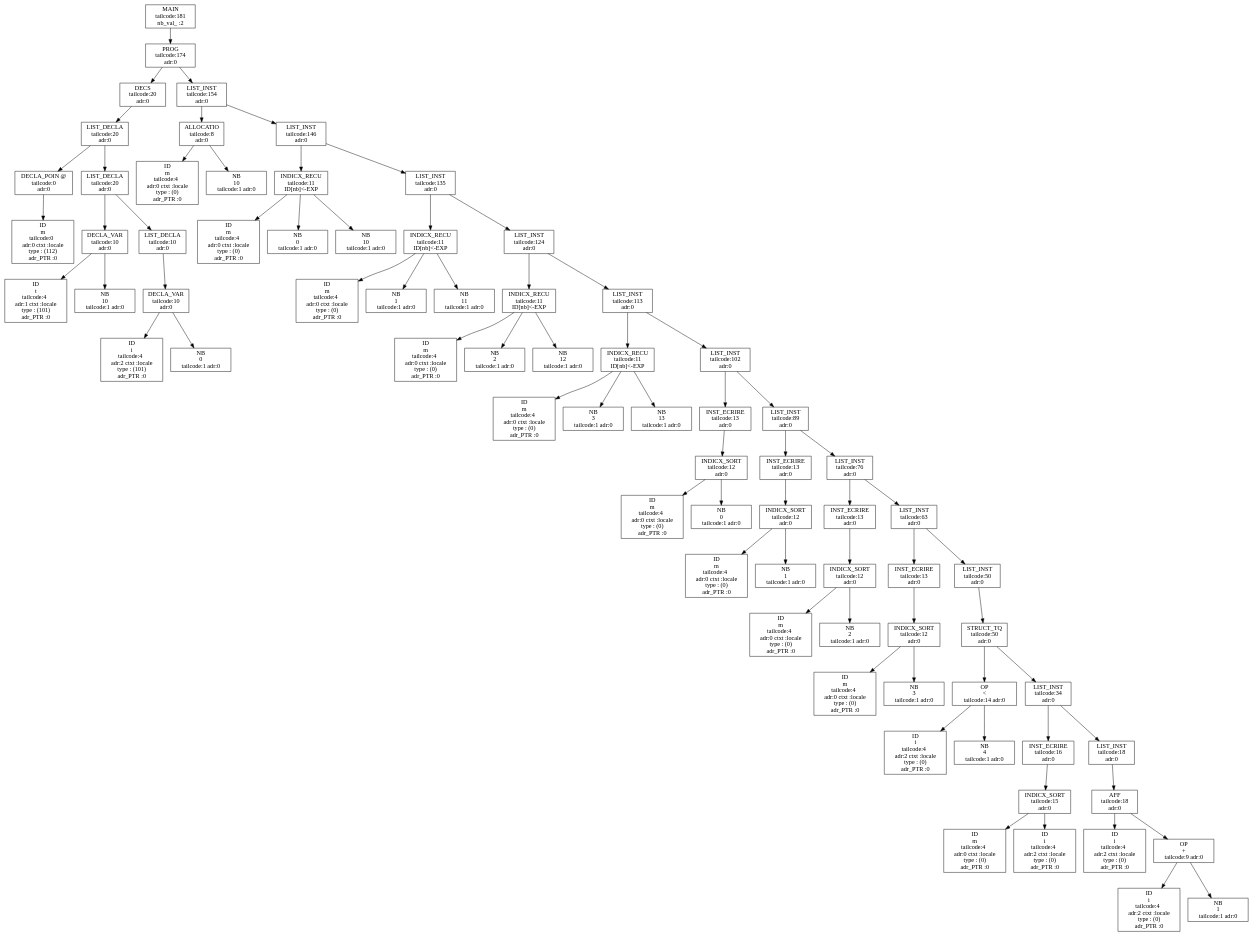
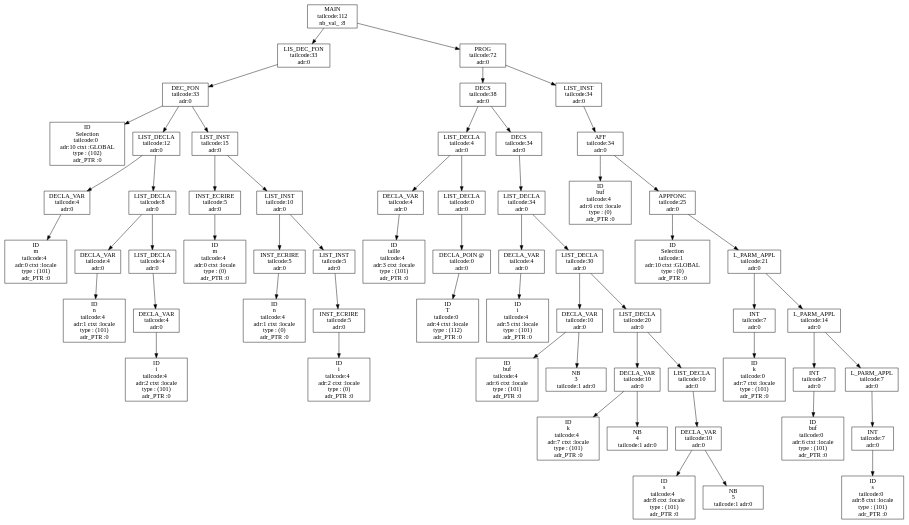
One commit to aswailem195/Projet-ARC--Algo-RAM-Compiler--20231213 changed the diagram in out/output.dot. Above: the diagram before and after it, drawn with Graphviz. The commit also changed 16 other files, not shown here.

```diff
--- a/out/output.dot
+++ b/out/output.dot
@@ -1,312 +1,274 @@
 digraph ASA {
-node0x560cceeefdc0 [label="MAIN
- tailcode:181 
- nb_val_ :2 \n", shape=box];
-node0x560cceeefdc0 -> node0x560cceeefd70;
-node0x560cceeefd70 [label="PROG
- tailcode:174 
+node0x5585937cd960 [label="MAIN
+ tailcode:112 
+ nb_val_ :8 \n", shape=box];
+node0x5585937cd960 -> node0x5585937ccd30;
+node0x5585937ccd30 [label="LIS_DEC_FON
+ tailcode:33 
  adr:0 \n", shape=box];
-node0x560cceeefd70 -> node0x560cceeeea60;
-node0x560cceeeea60 [label="DECS
- tailcode:20 
+node0x5585937ccd30 -> node0x5585937ccc90;
+node0x5585937ccc90 [label="DEC_FON
+ tailcode:33 
  adr:0 \n", shape=box];
-node0x560cceeeea60 -> node0x560cceeeea10;
-node0x560cceeeea10 [label="LIST_DECLA
- tailcode:20 
+node0x5585937ccc90 -> node0x5585937ccce0;
+node0x5585937ccce0 [label="ID\nSelection
+ tailcode:0  
+ adr:10 ctxt :GLOBAL
+ type : (102) 
+ adr_PTR :0 \n", shape=box];
+node0x5585937ccc90 -> node0x5585937cc970;
+node0x5585937cc970 [label="LIST_DECLA
+ tailcode:12 
  adr:0 \n", shape=box];
-node0x560cceeeea10 -> node0x560cceeee6f0;
-node0x560cceeee6f0 [label="DECLA_POIN @
- tailcode:0 
+node0x5585937cc970 -> node0x5585937cc6f0;
+node0x5585937cc6f0 [label="DECLA_VAR
+ tailcode:4 
  adr:0 \n", shape=box];
-node0x560cceeee6f0 -> node0x560cceeee740;
-node0x560cceeee740 [label="ID\nm
- tailcode:0  
+node0x5585937cc6f0 -> node0x5585937cc740;
+node0x5585937cc740 [label="ID\nm
+ tailcode:4  
  adr:0 ctxt :locale
- type : (112) 
+ type : (101) 
  adr_PTR :0 \n", shape=box];
-node0x560cceeeea10 -> node0x560cceeee9c0;
-node0x560cceeee9c0 [label="LIST_DECLA
- tailcode:20 
+node0x5585937cc970 -> node0x5585937cc920;
+node0x5585937cc920 [label="LIST_DECLA
+ tailcode:8 
  adr:0 \n", shape=box];
-node0x560cceeee9c0 -> node0x560cceeee7e0;
-node0x560cceeee7e0 [label="DECLA_VAR
- tailcode:10 
+node0x5585937cc920 -> node0x5585937cc790;
+node0x5585937cc790 [label="DECLA_VAR
+ tailcode:4 
  adr:0 \n", shape=box];
-node0x560cceeee7e0 -> node0x560cceeee830;
-node0x560cceeee830 [label="ID\nt
+node0x5585937cc790 -> node0x5585937cc7e0;
+node0x5585937cc7e0 [label="ID\nn
  tailcode:4  
  adr:1 ctxt :locale
  type : (101) 
  adr_PTR :0 \n", shape=box];
-node0x560cceeee7e0 -> node0x560cceeee790;
-node0x560cceeee790 [label="NB\n10 
- tailcode:1 adr:0 \n", shape=box];
-node0x560cceeee9c0 -> node0x560cceeee970;
-node0x560cceeee970 [label="LIST_DECLA
- tailcode:10 
+node0x5585937cc920 -> node0x5585937cc8d0;
+node0x5585937cc8d0 [label="LIST_DECLA
+ tailcode:4 
  adr:0 \n", shape=box];
-node0x560cceeee970 -> node0x560cceeee8d0;
-node0x560cceeee8d0 [label="DECLA_VAR
- tailcode:10 
+node0x5585937cc8d0 -> node0x5585937cc830;
+node0x5585937cc830 [label="DECLA_VAR
+ tailcode:4 
  adr:0 \n", shape=box];
-node0x560cceeee8d0 -> node0x560cceeee920;
-node0x560cceeee920 [label="ID\ni
+node0x5585937cc830 -> node0x5585937cc880;
+node0x5585937cc880 [label="ID\ni
  tailcode:4  
  adr:2 ctxt :locale
  type : (101) 
  adr_PTR :0 \n", shape=box];
-node0x560cceeee8d0 -> node0x560cceeee880;
-node0x560cceeee880 [label="NB\n0 
- tailcode:1 adr:0 \n", shape=box];
-node0x560cceeefd70 -> node0x560cceeefd20;
-node0x560cceeefd20 [label="LIST_INST
- tailcode:154 
+node0x5585937ccc90 -> node0x5585937ccc40;
+node0x5585937ccc40 [label="LIST_INST
+ tailcode:15 
  adr:0 \n", shape=box];
-node0x560cceeefd20 -> node0x560cceeeeb00;
-node0x560cceeeeb00 [label="ALLOCATIO
- tailcode:8 
+node0x5585937ccc40 -> node0x5585937cca10;
+node0x5585937cca10 [label="INST_ECRIRE
+ tailcode:5 
  adr:0 \n", shape=box];
-node0x560cceeeeb00 -> node0x560cceeeeb50;
-node0x560cceeeeb50 [label="ID\nm
+node0x5585937cca10 -> node0x5585937cc9c0;
+node0x5585937cc9c0 [label="ID\nm
  tailcode:4  
  adr:0 ctxt :locale
  type : (0) 
  adr_PTR :0 \n", shape=box];
-node0x560cceeeeb00 -> node0x560cceeeeab0;
-node0x560cceeeeab0 [label="NB\n10 
- tailcode:1 adr:0 \n", shape=box];
-node0x560cceeefd20 -> node0x560cceeefcd0;
-node0x560cceeefcd0 [label="LIST_INST
- tailcode:146 
+node0x5585937ccc40 -> node0x5585937ccbf0;
+node0x5585937ccbf0 [label="LIST_INST
+ tailcode:10 
  adr:0 \n", shape=box];
-node0x560cceeefcd0 -> node0x560cceeeec40;
-node0x560cceeeec40 [label="INDICX_RECU
- tailcode:11 
- ID[nb]<-EXP \n", shape=box];
-node0x560cceeeec40 -> node0x560cceeeec90;
-node0x560cceeeec90 [label="ID\nm
+node0x5585937ccbf0 -> node0x5585937ccab0;
+node0x5585937ccab0 [label="INST_ECRIRE
+ tailcode:5 
+ adr:0 \n", shape=box];
+node0x5585937ccab0 -> node0x5585937cca60;
+node0x5585937cca60 [label="ID\nn
  tailcode:4  
- adr:0 ctxt :locale
+ adr:1 ctxt :locale
  type : (0) 
  adr_PTR :0 \n", shape=box];
-node0x560cceeeec40 -> node0x560cceeeeba0;
-node0x560cceeeeba0 [label="NB\n0 
- tailcode:1 adr:0 \n", shape=box];
-node0x560cceeeec40 -> node0x560cceeeebf0;
-node0x560cceeeebf0 [label="NB\n10 
- tailcode:1 adr:0 \n", shape=box];
-node0x560cceeefcd0 -> node0x560cceeefc80;
-node0x560cceeefc80 [label="LIST_INST
- tailcode:135 
+node0x5585937ccbf0 -> node0x5585937ccba0;
+node0x5585937ccba0 [label="LIST_INST
+ tailcode:5 
  adr:0 \n", shape=box];
-node0x560cceeefc80 -> node0x560cceeeed80;
-node0x560cceeeed80 [label="INDICX_RECU
- tailcode:11 
- ID[nb]<-EXP \n", shape=box];
-node0x560cceeeed80 -> node0x560cceeeedd0;
-node0x560cceeeedd0 [label="ID\nm
- tailcode:4  
- adr:0 ctxt :locale
- type : (0) 
- adr_PTR :0 \n", shape=box];
-node0x560cceeeed80 -> node0x560cceeeece0;
-node0x560cceeeece0 [label="NB\n1 
- tailcode:1 adr:0 \n", shape=box];
-node0x560cceeeed80 -> node0x560cceeeed30;
-node0x560cceeeed30 [label="NB\n11 
- tailcode:1 adr:0 \n", shape=box];
-node0x560cceeefc80 -> node0x560cceeefc30;
-node0x560cceeefc30 [label="LIST_INST
- tailcode:124 
+node0x5585937ccba0 -> node0x5585937ccb50;
+node0x5585937ccb50 [label="INST_ECRIRE
+ tailcode:5 
  adr:0 \n", shape=box];
-node0x560cceeefc30 -> node0x560cceeeeec0;
-node0x560cceeeeec0 [label="INDICX_RECU
- tailcode:11 
- ID[nb]<-EXP \n", shape=box];
-node0x560cceeeeec0 -> node0x560cceeeef10;
-node0x560cceeeef10 [label="ID\nm
- tailcode:4  
- adr:0 ctxt :locale
- type : (0) 
- adr_PTR :0 \n", shape=box];
-node0x560cceeeeec0 -> node0x560cceeeee20;
-node0x560cceeeee20 [label="NB\n2 
- tailcode:1 adr:0 \n", shape=box];
-node0x560cceeeeec0 -> node0x560cceeeee70;
-node0x560cceeeee70 [label="NB\n12 
- tailcode:1 adr:0 \n", shape=box];
-node0x560cceeefc30 -> node0x560cceeefbe0;
-node0x560cceeefbe0 [label="LIST_INST
- tailcode:113 
- adr:0 \n", shape=box];
-node0x560cceeefbe0 -> node0x560cceeef000;
-node0x560cceeef000 [label="INDICX_RECU
- tailcode:11 
- ID[nb]<-EXP \n", shape=box];
-node0x560cceeef000 -> node0x560cceeef050;
-node0x560cceeef050 [label="ID\nm
- tailcode:4  
- adr:0 ctxt :locale
- type : (0) 
- adr_PTR :0 \n", shape=box];
-node0x560cceeef000 -> node0x560cceeeef60;
-node0x560cceeeef60 [label="NB\n3 
- tailcode:1 adr:0 \n", shape=box];
-node0x560cceeef000 -> node0x560cceeeefb0;
-node0x560cceeeefb0 [label="NB\n13 
- tailcode:1 adr:0 \n", shape=box];
-node0x560cceeefbe0 -> node0x560cceeefb90;
-node0x560cceeefb90 [label="LIST_INST
- tailcode:102 
- adr:0 \n", shape=box];
-node0x560cceeefb90 -> node0x560cceeef190;
-node0x560cceeef190 [label="INST_ECRIRE
- tailcode:13 
- adr:0 \n", shape=box];
-node0x560cceeef190 -> node0x560cceeef0f0;
-node0x560cceeef0f0 [label="INDICX_SORT
- tailcode:12 
- adr:0 \n", shape=box];
-node0x560cceeef0f0 -> node0x560cceeef140;
-node0x560cceeef140 [label="ID\nm
- tailcode:4  
- adr:0 ctxt :locale
- type : (0) 
- adr_PTR :0 \n", shape=box];
-node0x560cceeef0f0 -> node0x560cceeef0a0;
-node0x560cceeef0a0 [label="NB\n0 
- tailcode:1 adr:0 \n", shape=box];
-node0x560cceeefb90 -> node0x560cceeefb40;
-node0x560cceeefb40 [label="LIST_INST
- tailcode:89 
- adr:0 \n", shape=box];
-node0x560cceeefb40 -> node0x560cceeef2d0;
-node0x560cceeef2d0 [label="INST_ECRIRE
- tailcode:13 
- adr:0 \n", shape=box];
-node0x560cceeef2d0 -> node0x560cceeef230;
-node0x560cceeef230 [label="INDICX_SORT
- tailcode:12 
- adr:0 \n", shape=box];
-node0x560cceeef230 -> node0x560cceeef280;
-node0x560cceeef280 [label="ID\nm
- tailcode:4  
- adr:0 ctxt :locale
- type : (0) 
- adr_PTR :0 \n", shape=box];
-node0x560cceeef230 -> node0x560cceeef1e0;
-node0x560cceeef1e0 [label="NB\n1 
- tailcode:1 adr:0 \n", shape=box];
-node0x560cceeefb40 -> node0x560cceeefaf0;
-node0x560cceeefaf0 [label="LIST_INST
- tailcode:76 
- adr:0 \n", shape=box];
-node0x560cceeefaf0 -> node0x560cceeef410;
-node0x560cceeef410 [label="INST_ECRIRE
- tailcode:13 
- adr:0 \n", shape=box];
-node0x560cceeef410 -> node0x560cceeef370;
-node0x560cceeef370 [label="INDICX_SORT
- tailcode:12 
- adr:0 \n", shape=box];
-node0x560cceeef370 -> node0x560cceeef3c0;
-node0x560cceeef3c0 [label="ID\nm
- tailcode:4  
- adr:0 ctxt :locale
- type : (0) 
- adr_PTR :0 \n", shape=box];
-node0x560cceeef370 -> node0x560cceeef320;
-node0x560cceeef320 [label="NB\n2 
- tailcode:1 adr:0 \n", shape=box];
-node0x560cceeefaf0 -> node0x560cceeefaa0;
-node0x560cceeefaa0 [label="LIST_INST
- tailcode:63 
- adr:0 \n", shape=box];
-node0x560cceeefaa0 -> node0x560cceeef550;
-node0x560cceeef550 [label="INST_ECRIRE
- tailcode:13 
- adr:0 \n", shape=box];
-node0x560cceeef550 -> node0x560cceeef4b0;
-node0x560cceeef4b0 [label="INDICX_SORT
- tailcode:12 
- adr:0 \n", shape=box];
-node0x560cceeef4b0 -> node0x560cceeef500;
-node0x560cceeef500 [label="ID\nm
- tailcode:4  
- adr:0 ctxt :locale
- type : (0) 
- adr_PTR :0 \n", shape=box];
-node0x560cceeef4b0 -> node0x560cceeef460;
-node0x560cceeef460 [label="NB\n3 
- tailcode:1 adr:0 \n", shape=box];
-node0x560cceeefaa0 -> node0x560cceeefa50;
-node0x560cceeefa50 [label="LIST_INST
- tailcode:50 
- adr:0 \n", shape=box];
-node0x560cceeefa50 -> node0x560cceeefa00;
-node0x560cceeefa00 [label="STRUCT_TQ
- tailcode:50 
- adr:0 \n", shape=box];
-node0x560cceeefa00 -> node0x560cceeef640;
-node0x560cceeef640 [label="OP\n< 
- tailcode:14 adr:0 \n", shape=box];
-node0x560cceeef640 -> node0x560cceeef5a0;
-node0x560cceeef5a0 [label="ID\ni
+node0x5585937ccb50 -> node0x5585937ccb00;
+node0x5585937ccb00 [label="ID\ni
  tailcode:4  
  adr:2 ctxt :locale
  type : (0) 
  adr_PTR :0 \n", shape=box];
-node0x560cceeef640 -> node0x560cceeef5f0;
-node0x560cceeef5f0 [label="NB\n4 
- tailcode:1 adr:0 \n", shape=box];
-node0x560cceeefa00 -> node0x560cceeef9b0;
-node0x560cceeef9b0 [label="LIST_INST
+node0x5585937cd960 -> node0x5585937cd910;
+node0x5585937cd910 [label="PROG
+ tailcode:72 
+ adr:0 \n", shape=box];
+node0x5585937cd910 -> node0x5585937cd460;
+node0x5585937cd460 [label="DECS
+ tailcode:38 
+ adr:0 \n", shape=box];
+node0x5585937cd460 -> node0x5585937ccf10;
+node0x5585937ccf10 [label="LIST_DECLA
+ tailcode:4 
+ adr:0 \n", shape=box];
+node0x5585937ccf10 -> node0x5585937ccd80;
+node0x5585937ccd80 [label="DECLA_VAR
+ tailcode:4 
+ adr:0 \n", shape=box];
+node0x5585937ccd80 -> node0x5585937ccdd0;
+node0x5585937ccdd0 [label="ID\ntaille
+ tailcode:4  
+ adr:3 ctxt :locale
+ type : (101) 
+ adr_PTR :0 \n", shape=box];
+node0x5585937ccf10 -> node0x5585937ccec0;
+node0x5585937ccec0 [label="LIST_DECLA
+ tailcode:0 
+ adr:0 \n", shape=box];
+node0x5585937ccec0 -> node0x5585937cce20;
+node0x5585937cce20 [label="DECLA_POIN @
+ tailcode:0 
+ adr:0 \n", shape=box];
+node0x5585937cce20 -> node0x5585937cce70;
+node0x5585937cce70 [label="ID\nT
+ tailcode:0  
+ adr:4 ctxt :locale
+ type : (112) 
+ adr_PTR :0 \n", shape=box];
+node0x5585937cd460 -> node0x5585937cd410;
+node0x5585937cd410 [label="DECS
  tailcode:34 
  adr:0 \n", shape=box];
-node0x560cceeef9b0 -> node0x560cceeef780;
-node0x560cceeef780 [label="INST_ECRIRE
- tailcode:16 
+node0x5585937cd410 -> node0x5585937cd3c0;
+node0x5585937cd3c0 [label="LIST_DECLA
+ tailcode:34 
  adr:0 \n", shape=box];
-node0x560cceeef780 -> node0x560cceeef6e0;
-node0x560cceeef6e0 [label="INDICX_SORT
- tailcode:15 
+node0x5585937cd3c0 -> node0x5585937ccf60;
+node0x5585937ccf60 [label="DECLA_VAR
+ tailcode:4 
  adr:0 \n", shape=box];
-node0x560cceeef6e0 -> node0x560cceeef730;
-node0x560cceeef730 [label="ID\nm
+node0x5585937ccf60 -> node0x5585937ccfb0;
+node0x5585937ccfb0 [label="ID\ni
  tailcode:4  
- adr:0 ctxt :locale
+ adr:5 ctxt :locale
+ type : (101) 
+ adr_PTR :0 \n", shape=box];
+node0x5585937cd3c0 -> node0x5585937cd370;
+node0x5585937cd370 [label="LIST_DECLA
+ tailcode:30 
+ adr:0 \n", shape=box];
+node0x5585937cd370 -> node0x5585937cd050;
+node0x5585937cd050 [label="DECLA_VAR
+ tailcode:10 
+ adr:0 \n", shape=box];
+node0x5585937cd050 -> node0x5585937cd0a0;
+node0x5585937cd0a0 [label="ID\nbuf
+ tailcode:4  
+ adr:6 ctxt :locale
+ type : (101) 
+ adr_PTR :0 \n", shape=box];
+node0x5585937cd050 -> node0x5585937cd000;
+node0x5585937cd000 [label="NB\n3 
+ tailcode:1 adr:0 \n", shape=box];
+node0x5585937cd370 -> node0x5585937cd320;
+node0x5585937cd320 [label="LIST_DECLA
+ tailcode:20 
+ adr:0 \n", shape=box];
+node0x5585937cd320 -> node0x5585937cd140;
+node0x5585937cd140 [label="DECLA_VAR
+ tailcode:10 
+ adr:0 \n", shape=box];
+node0x5585937cd140 -> node0x5585937cd190;
+node0x5585937cd190 [label="ID\nk
+ tailcode:4  
+ adr:7 ctxt :locale
+ type : (101) 
+ adr_PTR :0 \n", shape=box];
+node0x5585937cd140 -> node0x5585937cd0f0;
+node0x5585937cd0f0 [label="NB\n4 
+ tailcode:1 adr:0 \n", shape=box];
+node0x5585937cd320 -> node0x5585937cd2d0;
+node0x5585937cd2d0 [label="LIST_DECLA
+ tailcode:10 
+ adr:0 \n", shape=box];
+node0x5585937cd2d0 -> node0x5585937cd230;
+node0x5585937cd230 [label="DECLA_VAR
+ tailcode:10 
+ adr:0 \n", shape=box];
+node0x5585937cd230 -> node0x5585937cd280;
+node0x5585937cd280 [label="ID\ns
+ tailcode:4  
+ adr:8 ctxt :locale
+ type : (101) 
+ adr_PTR :0 \n", shape=box];
+node0x5585937cd230 -> node0x5585937cd1e0;
+node0x5585937cd1e0 [label="NB\n5 
+ tailcode:1 adr:0 \n", shape=box];
+node0x5585937cd910 -> node0x5585937cd8c0;
+node0x5585937cd8c0 [label="LIST_INST
+ tailcode:34 
+ adr:0 \n", shape=box];
+node0x5585937cd8c0 -> node0x5585937cd820;
+node0x5585937cd820 [label="AFF
+ tailcode:34 
+ adr:0 \n", shape=box];
+node0x5585937cd820 -> node0x5585937cd870;
+node0x5585937cd870 [label="ID\nbuf
+ tailcode:4  
+ adr:6 ctxt :locale
  type : (0) 
  adr_PTR :0 \n", shape=box];
-node0x560cceeef6e0 -> node0x560cceeef690;
-node0x560cceeef690 [label="ID\ni
- tailcode:4  
- adr:2 ctxt :locale
+node0x5585937cd820 -> node0x5585937cd780;
+node0x5585937cd780 [label="APPFONC
+ tailcode:25 
+ adr:0 \n", shape=box];
+node0x5585937cd780 -> node0x5585937cd7d0;
+node0x5585937cd7d0 [label="ID\nSelection
+ tailcode:1  
+ adr:10 ctxt :GLOBAL
  type : (0) 
  adr_PTR :0 \n", shape=box];
-node0x560cceeef9b0 -> node0x560cceeef960;
-node0x560cceeef960 [label="LIST_INST
- tailcode:18 
+node0x5585937cd780 -> node0x5585937cd730;
+node0x5585937cd730 [label="L_PARM_APPL
+ tailcode:21 
  adr:0 \n", shape=box];
-node0x560cceeef960 -> node0x560cceeef8c0;
-node0x560cceeef8c0 [label="AFF
- tailcode:18 
+node0x5585937cd730 -> node0x5585937cd4b0;
+node0x5585937cd4b0 [label="INT
+ tailcode:7 
  adr:0 \n", shape=box];
-node0x560cceeef8c0 -> node0x560cceeef910;
-node0x560cceeef910 [label="ID\ni
- tailcode:4  
- adr:2 ctxt :locale
- type : (0) 
+node0x5585937cd4b0 -> node0x5585937cd500;
+node0x5585937cd500 [label="ID\nk
+ tailcode:0  
+ adr:7 ctxt :locale
+ type : (101) 
  adr_PTR :0 \n", shape=box];
-node0x560cceeef8c0 -> node0x560cceeef870;
-node0x560cceeef870 [label="OP\n+ 
- tailcode:9 adr:0 \n", shape=box];
-node0x560cceeef870 -> node0x560cceeef7d0;
-node0x560cceeef7d0 [label="ID\ni
- tailcode:4  
- adr:2 ctxt :locale
- type : (0) 
+node0x5585937cd730 -> node0x5585937cd6e0;
+node0x5585937cd6e0 [label="L_PARM_APPL
+ tailcode:14 
+ adr:0 \n", shape=box];
+node0x5585937cd6e0 -> node0x5585937cd550;
+node0x5585937cd550 [label="INT
+ tailcode:7 
+ adr:0 \n", shape=box];
+node0x5585937cd550 -> node0x5585937cd5a0;
+node0x5585937cd5a0 [label="ID\nbuf
+ tailcode:0  
+ adr:6 ctxt :locale
+ type : (101) 
  adr_PTR :0 \n", shape=box];
-node0x560cceeef870 -> node0x560cceeef820;
-node0x560cceeef820 [label="NB\n1 
- tailcode:1 adr:0 \n", shape=box];
+node0x5585937cd6e0 -> node0x5585937cd690;
+node0x5585937cd690 [label="L_PARM_APPL
+ tailcode:7 
+ adr:0 \n", shape=box];
+node0x5585937cd690 -> node0x5585937cd5f0;
+node0x5585937cd5f0 [label="INT
+ tailcode:7 
+ adr:0 \n", shape=box];
+node0x5585937cd5f0 -> node0x5585937cd640;
+node0x5585937cd640 [label="ID\ns
+ tailcode:0  
+ adr:8 ctxt :locale
+ type : (101) 
+ adr_PTR :0 \n", shape=box];
 }
```
